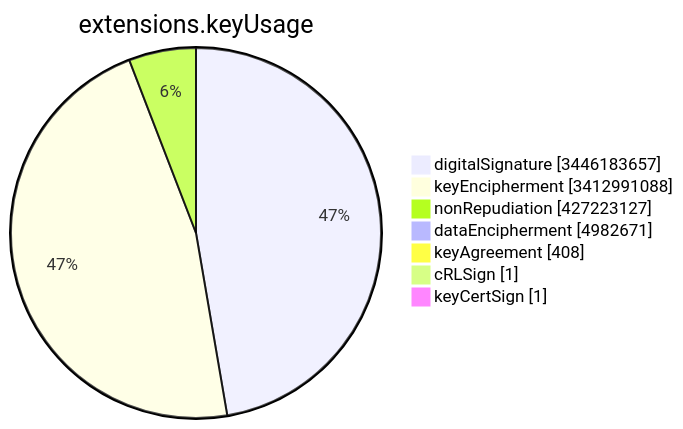
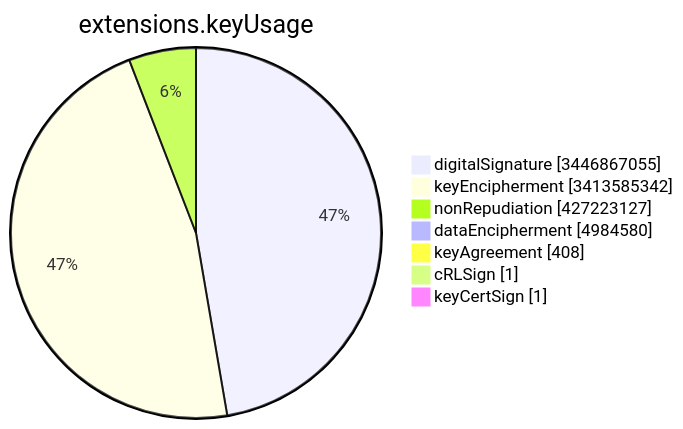
The sixth of 15 diagrams in TOTAL/README.md (christiankrug/ctmonitor_visualization), drawn with Mermaid before and after one commit. The commit also changed other lines of this file, not shown here.

````diff
--- a/TOTAL/README.md
+++ b/TOTAL/README.md
@@ -3082,11 +3082,11 @@
 ```mermaid
 pie showData
 title extensions.keyUsage
-"digitalSignature" :3446183657
-"keyEncipherment" :3412991088
+"digitalSignature" :3446867055
+"keyEncipherment" :3413585342
 "nonRepudiation" :427223127
-"dataEncipherment" :4982671
+"dataEncipherment" :4984580
 "keyAgreement" :408
 "cRLSign" :1
 "keyCertSign" :1
 ```
````
